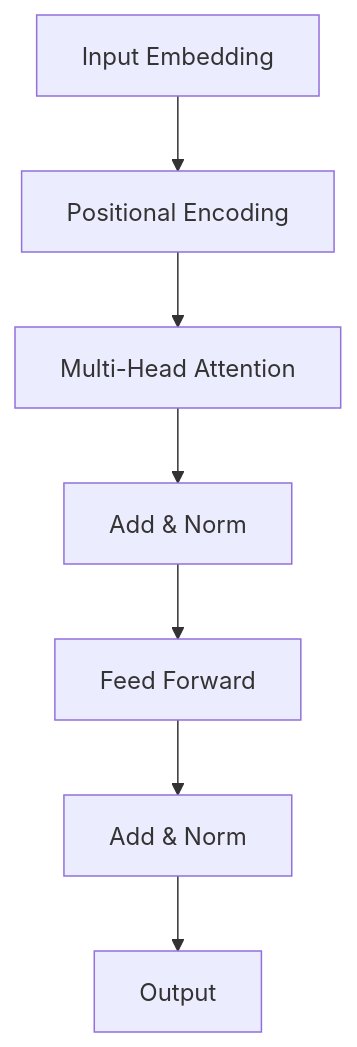
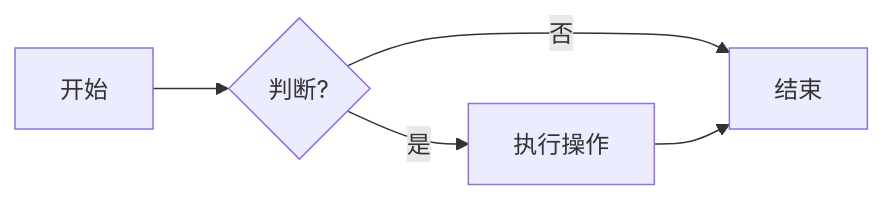
Before and after one commit to SingularGuyLeBorn/metauniverse-blog: the first of 3 diagrams in docs/posts/transformer.md, drawn with Mermaid. The commit also changed other lines of this file and 20 other files, not shown here.

````diff
--- a/docs/posts/transformer.md
+++ b/docs/posts/transformer.md
@@ -51,9 +139,7 @@
 ```mermaid
-graph TD
-    A[Input Embedding] --> B[Positional Encoding]
-    B --> C[Multi-Head Attention]
-    C --> D[Add & Norm]
-    D --> E[Feed Forward]
-    E --> F[Add & Norm]
-    F --> G[Output]
+graph LR
+    A[开始] --> B{判断?}
+    B -- 是 --> C[执行操作]
+    B -- 否 --> D[结束]
+    C --> D
 ```
````
